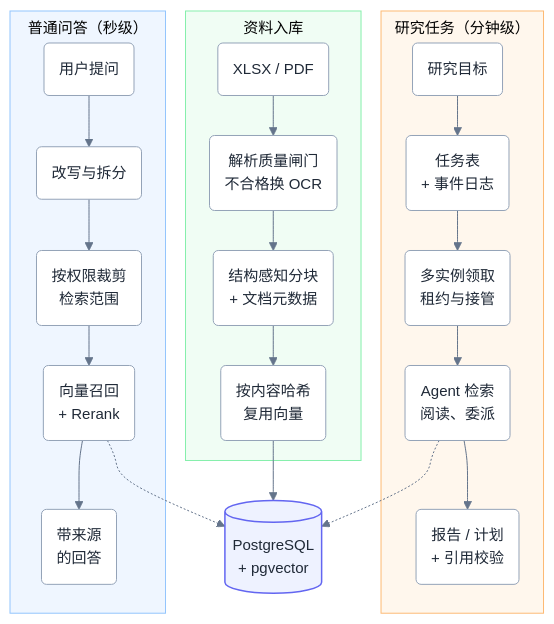
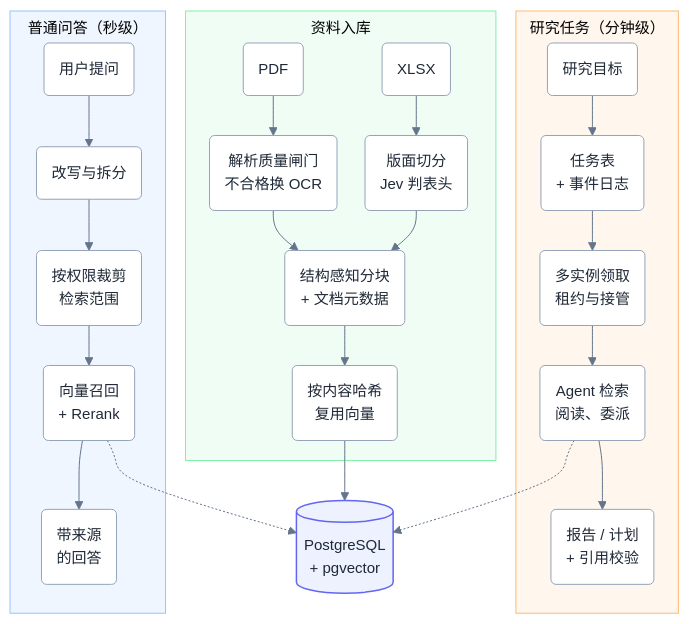
The diagram in docs/iron-ore-rag/images/overview.mmd (qiyu-lu/ragent), drawn with Mermaid before and after one commit. The commit also changed 2 other files, not shown here.

Commit message:
docs(readme): Jev header judging, split ingestion lane in the overview
The overview drew XLSX through the parse-quality gate, which only
applies to PDFs, and showed nothing of the Excel path. The ingestion
lane now splits into PDF -> gate and XLSX -> layout split with Jev
header judging before structure-aware chunking (re-exported with mmdc
-s 3, natural width 681 px, shown at 740).

The README text follows: the table row and section describe Jev
deciding headers with the rule as fallback and give the survey,
Strudel and TableQA results with their conditions; the stack lists
TypeSafe Jev and Apache POI; the limits add the data sent abroad, the
numeric-header weakness and the non-industrial outside sets; setup
mentions the optional TYPESAFE_API_KEY; the manifest list links the
outside data hashes. The regression numbers quoted in the README were
re-run on this branch and still hold (Python 53/53, Java 13 + 212).

```diff
--- a/docs/iron-ore-rag/images/overview.mmd
+++ b/docs/iron-ore-rag/images/overview.mmd
@@ -1,28 +1,30 @@
 %%{init: {"theme": "base", "fontFamily": "Noto Sans CJK SC, PingFang SC, Microsoft YaHei, sans-serif", "themeVariables": {"fontSize": "15px", "primaryColor": "#ffffff", "primaryBorderColor": "#94a3b8", "primaryTextColor": "#1f2937", "lineColor": "#64748b"}, "flowchart": {"nodeSpacing": 28, "rankSpacing": 40, "subGraphTitleMargin": {"top": 6, "bottom": 6}}}}%%
 flowchart TB
     %% 重新生成：npx -p @mermaid-js/mermaid-cli mmdc -i overview.mmd -o overview.png -s 3 -b white
     subgraph RS ["研究任务（分钟级）"]
         R("研究目标") --> T("任务表<br/>+ 事件日志")
         T --> N("多实例领取<br/>租约与接管")
         N --> S("Agent 检索<br/>阅读、委派")
         S --> G("报告 / 计划<br/>+ 引用校验")
     end
     subgraph ING ["资料入库"]
-        A("XLSX / PDF") --> QG("解析质量闸门<br/>不合格换 OCR")
+        A("PDF") --> QG("解析质量闸门<br/>不合格换 OCR")
+        X("XLSX") --> L("版面切分<br/>Jev 判表头")
         QG --> B("结构感知分块<br/>+ 文档元数据")
+        L --> B
         B --> V("按内容哈希<br/>复用向量")
     end
     subgraph QA ["普通问答（秒级）"]
         Q("用户提问") --> W("改写与拆分")
         W --> P("按权限裁剪<br/>检索范围")
         P --> K("向量召回<br/>+ Rerank")
         K --> E("带来源<br/>的回答")
     end
     V --> DB[("PostgreSQL<br/>+ pgvector")]
     K -.-> DB
     S -.-> DB
     style QA fill:#eff6ff,stroke:#93c5fd
     style ING fill:#f0fdf4,stroke:#86efac
     style RS fill:#fff7ed,stroke:#fdba74
     classDef db fill:#eef2ff,stroke:#6366f1,stroke-width:1.5px
     class DB db
```
